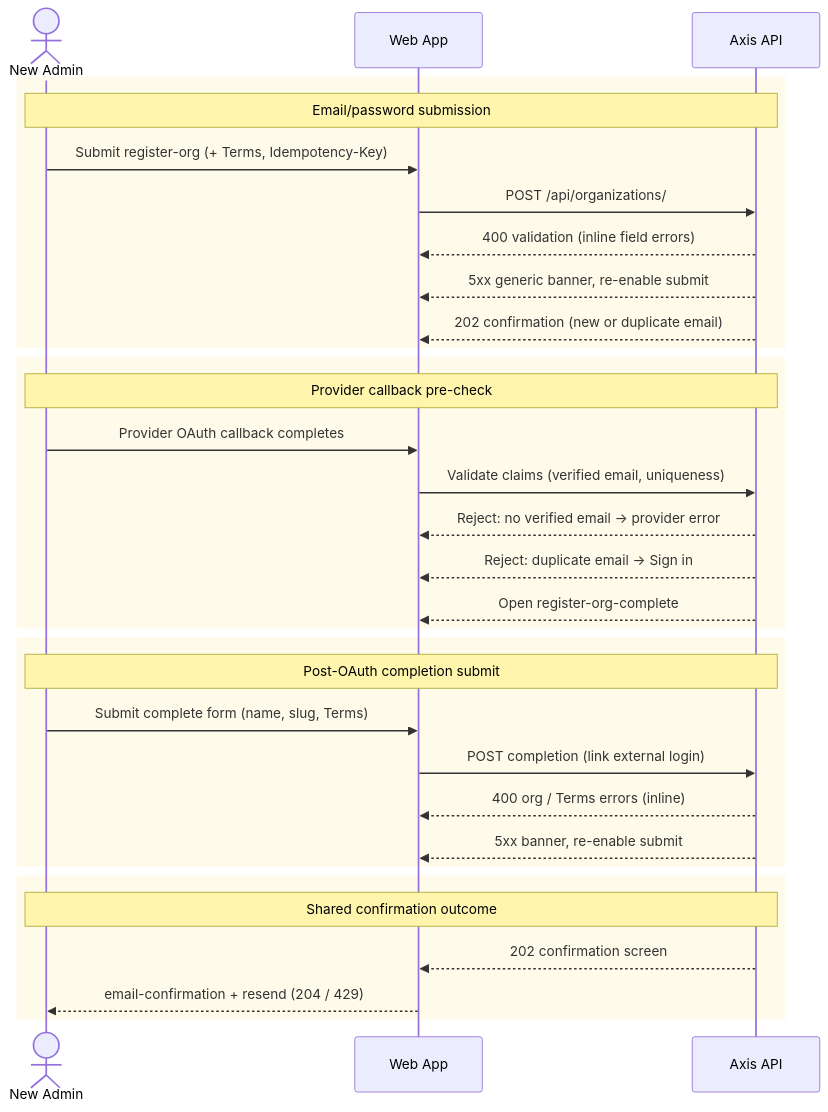
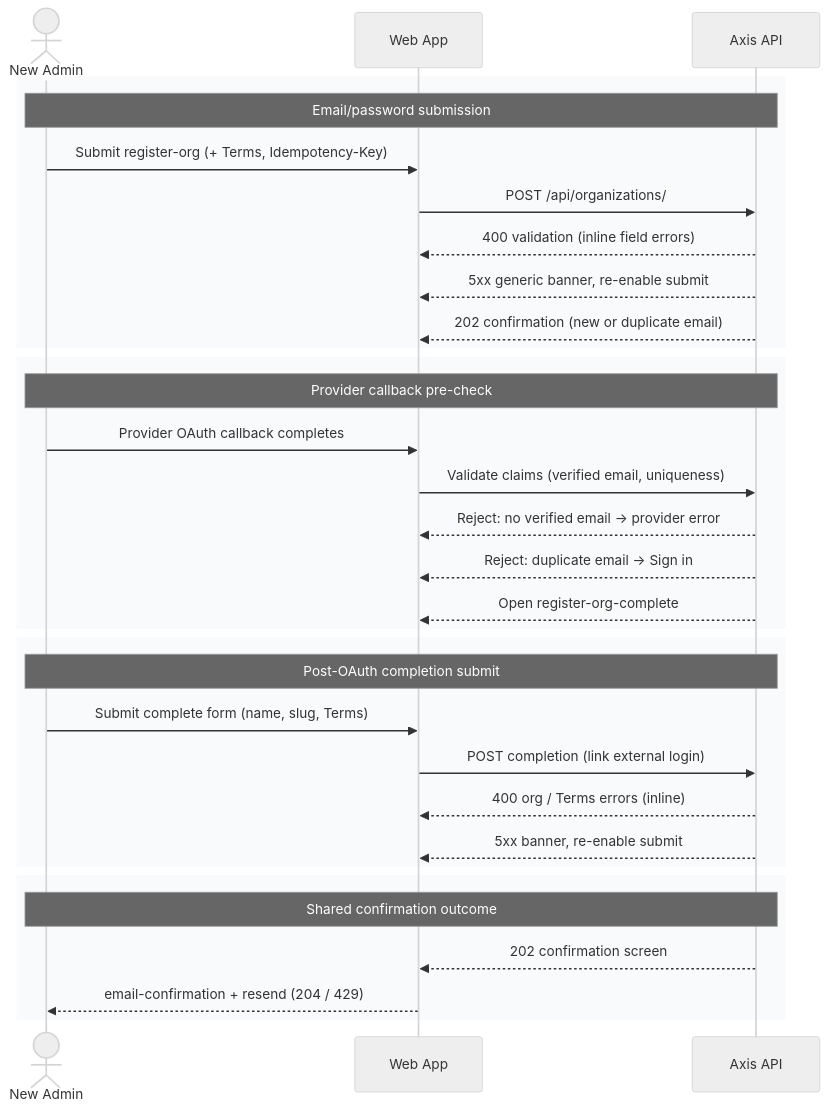
One commit to phuongnse/axis changed the third of 3 diagrams in docs/use-cases/platform-foundation/register-org/README.md. Above: the diagram before and after it, drawn with Mermaid. The commit also changed other lines of this file and 1 other file, not shown here.

Commit message:
docs: tighten wireframe copy and unify register-org Mermaid style

````diff
--- a/docs/use-cases/platform-foundation/register-org/README.md
+++ b/docs/use-cases/platform-foundation/register-org/README.md
@@ -215,38 +214,39 @@
 ```mermaid
+%%{init: {'theme': 'neutral'}}%%
 sequenceDiagram
   actor Admin as New Admin
   participant Web as Web App
   participant API as Axis API
 
-  rect rgb(255, 251, 235)
+  rect rgb(248, 250, 252)
     Note over Admin,API: Email/password submission
     Admin->>Web: Submit register-org (+ Terms, Idempotency-Key)
     Web->>API: POST /api/organizations/
     API-->>Web: 400 validation (inline field errors)
     API-->>Web: 5xx generic banner, re-enable submit
     API-->>Web: 202 confirmation (new or duplicate email)
   end
 
-  rect rgb(255, 251, 235)
+  rect rgb(248, 250, 252)
     Note over Admin,API: Provider callback pre-check
     Admin->>Web: Provider OAuth callback completes
     Web->>API: Validate claims (verified email, uniqueness)
     API-->>Web: Reject: no verified email → provider error
     API-->>Web: Reject: duplicate email → Sign in
     API-->>Web: Open register-org-complete
   end
 
-  rect rgb(255, 251, 235)
+  rect rgb(248, 250, 252)
     Note over Admin,API: Post-OAuth completion submit
     Admin->>Web: Submit complete form (name, slug, Terms)
     Web->>API: POST completion (link external login)
     API-->>Web: 400 org / Terms errors (inline)
     API-->>Web: 5xx banner, re-enable submit
   end
 
-  rect rgb(255, 251, 235)
+  rect rgb(248, 250, 252)
     Note over Admin,API: Shared confirmation outcome
     API-->>Web: 202 confirmation screen
     Web-->>Admin: email-confirmation + resend (204 / 429)
   end
 ```
````
